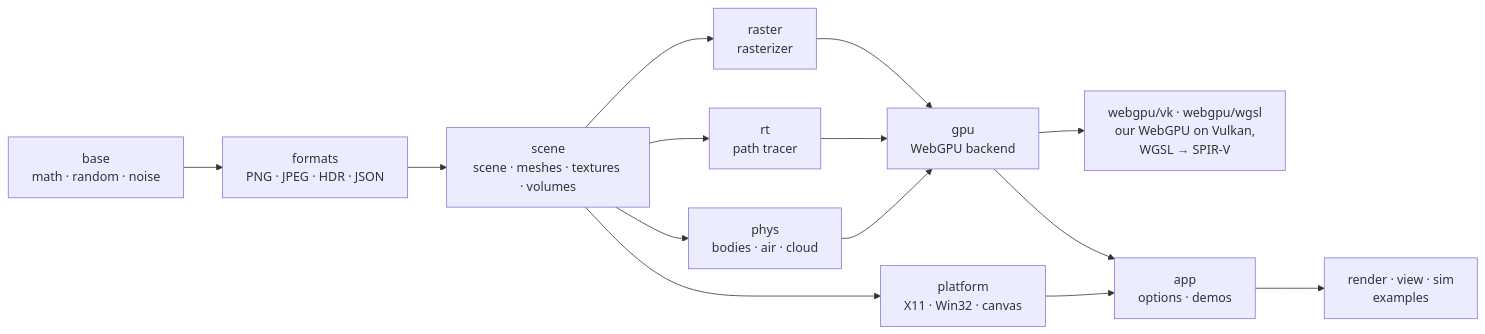
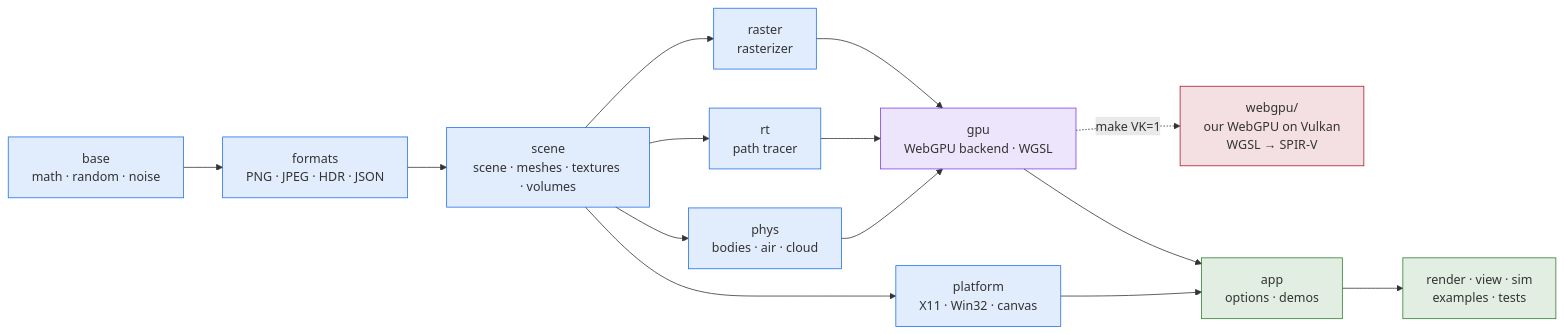
One commit to logicesecutor/little_renderer changed the diagram in README.md. Above: the diagram before and after it, drawn with Mermaid. The commit also changed other lines of this file, not shown here.

Commit message:
README: a new front page: the showcase first, every pipeline on every backend, quick start by GPU, viewer keys, quality, the latest measurements

````diff
--- a/README.md
+++ b/README.md
@@ -94,16 +176,25 @@
 ```mermaid
 flowchart LR
     base["base<br/>math · random · noise"] --> formats["formats<br/>PNG · JPEG · HDR · JSON"]
     formats --> scene["scene<br/>scene · meshes · textures · volumes"]
     scene --> raster["raster<br/>rasterizer"]
     scene --> rt["rt<br/>path tracer"]
     scene --> phys["phys<br/>bodies · air · cloud"]
     scene --> platform["platform<br/>X11 · Win32 · canvas"]
-    raster --> gpu["gpu<br/>WebGPU backend"]
+    raster --> gpu["gpu<br/>WebGPU backend · WGSL"]
     rt --> gpu
     phys --> gpu
-    gpu --> vk["webgpu/vk · webgpu/wgsl<br/>our WebGPU on Vulkan,<br/>WGSL → SPIR-V"]
+    gpu -.->|make VK=1| vk["webgpu/<br/>our WebGPU on Vulkan<br/>WGSL → SPIR-V"]
     gpu --> app["app<br/>options · demos"]
     platform --> app
-    app --> programs["render · view · sim<br/>examples"]
+    app --> programs["render · view · sim<br/>examples · tests"]
+
+    classDef layerCpu fill:#1f6feb22,stroke:#1f6feb
+    classDef layerGpu fill:#7b3fe422,stroke:#7b3fe4
+    classDef layerVk fill:#ac162c22,stroke:#ac162c
+    classDef layerOut fill:#2e7d3222,stroke:#2e7d32
+    class base,formats,scene,raster,rt,phys,platform layerCpu
+    class gpu layerGpu
+    class vk layerVk
+    class app,programs layerOut
 ```
````
